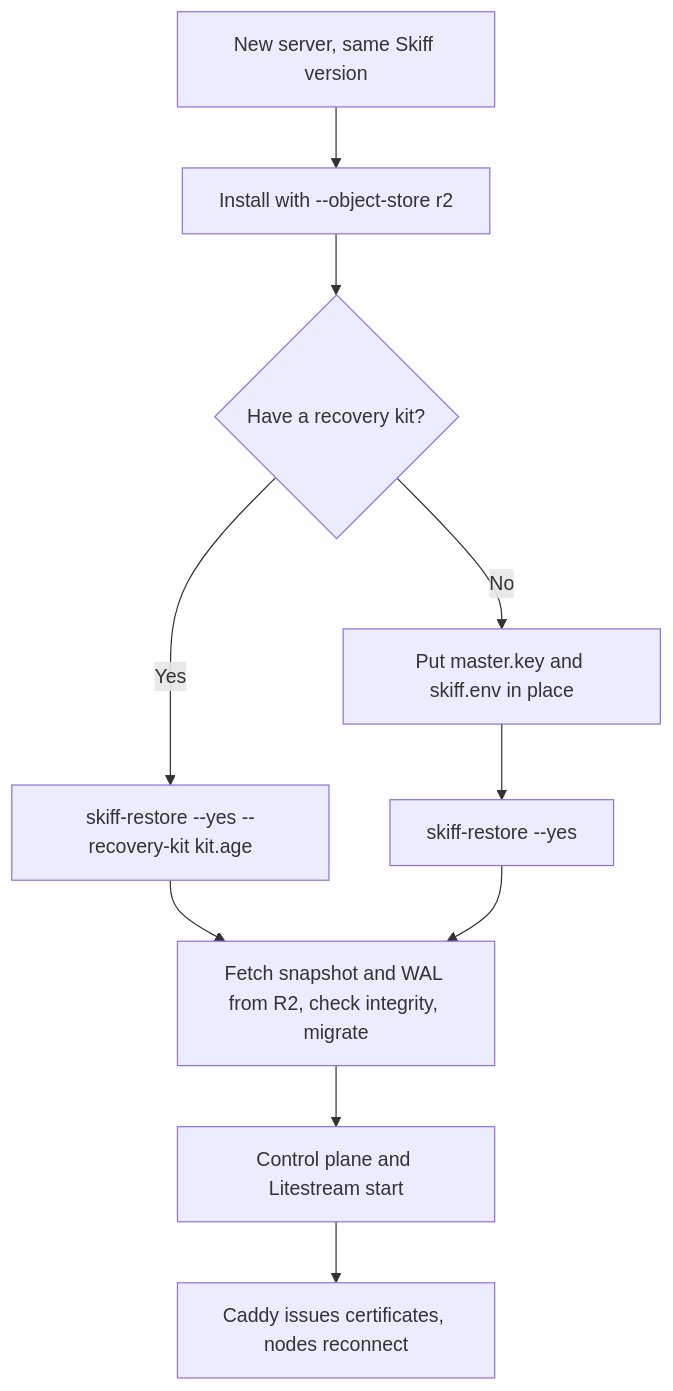
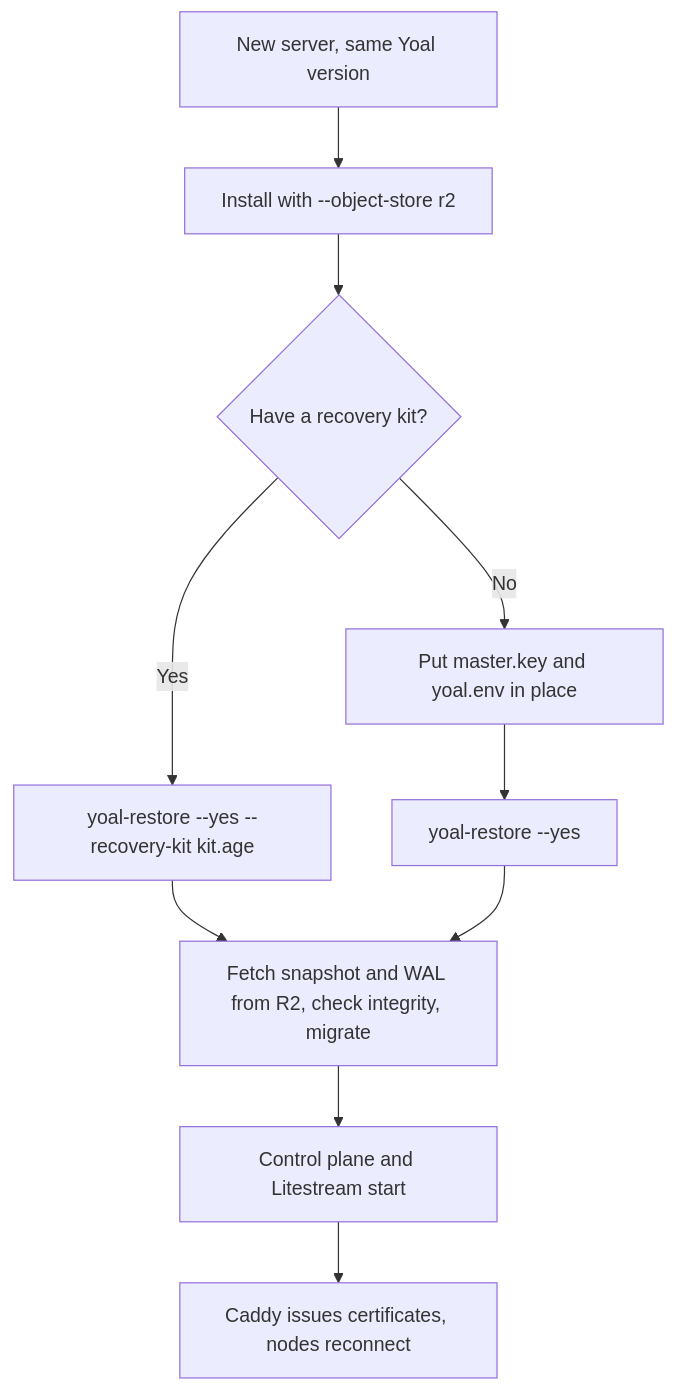
The second of 2 diagrams in packages/docs/content/self-hosting/platform-backups.md (KieranHolroyd/skiff), drawn with Mermaid before and after one commit. The commit also changed other lines of this file and 1869 other files, not shown here.

````diff
--- a/packages/docs/content/self-hosting/platform-backups.md
+++ b/packages/docs/content/self-hosting/platform-backups.md
@@ -202,12 +202,12 @@
 ```mermaid
 flowchart TD
-  NEW["New server, same Skiff version"] --> INST["Install with --object-store r2"]
+  NEW["New server, same Yoal version"] --> INST["Install with --object-store r2"]
   INST --> KITQ{Have a recovery kit?}
-  KITQ -->|Yes| RKIT["skiff-restore --yes --recovery-kit kit.age"]
-  KITQ -->|No| MANUAL["Put master.key and skiff.env in place"]
-  MANUAL --> RNOKIT["skiff-restore --yes"]
+  KITQ -->|Yes| RKIT["yoal-restore --yes --recovery-kit kit.age"]
+  KITQ -->|No| MANUAL["Put master.key and yoal.env in place"]
+  MANUAL --> RNOKIT["yoal-restore --yes"]
   RKIT --> FETCH["Fetch snapshot and WAL from R2, check integrity, migrate"]
   RNOKIT --> FETCH
   FETCH --> START["Control plane and Litestream start"]
   START --> EDGE["Caddy issues certificates, nodes reconnect"]
 ```
````
